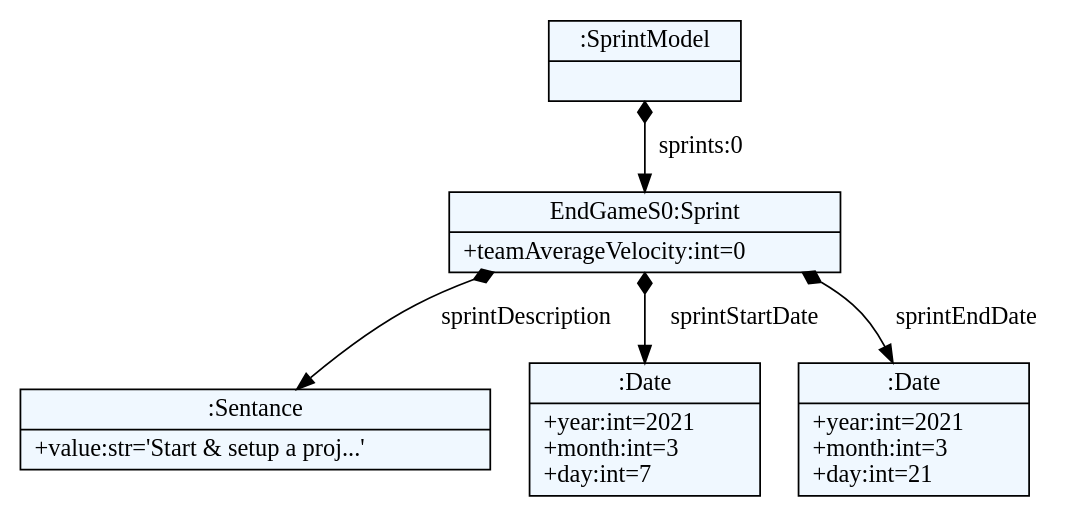
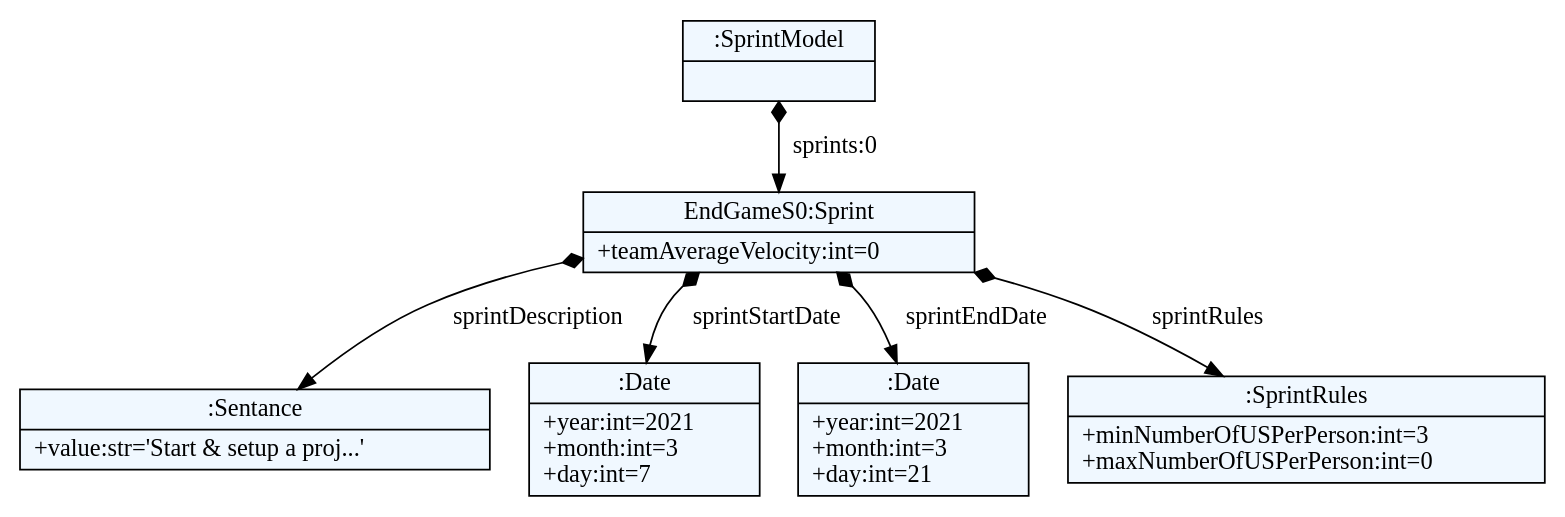
Before and after one commit to vlaksi/JSZD-Proj: the diagram in examples/sprintOne.dot, drawn with Graphviz. The commit also changed 3 other files, not shown here.

Commit message:
test[grammar]: tried sprint rules

```diff
--- a/examples/sprintOne.dot
+++ b/examples/sprintOne.dot
@@ -1,24 +1,26 @@
 
     digraph textX {
     fontname = "Bitstream Vera Sans"
     fontsize = 8
     node[
         shape=record,
         style=filled,
         fillcolor=aliceblue
     ]
     nodesep = 0.3
     edge[dir=black,arrowtail=empty]
 
 
-4319065616 -> 4319066048 [label="sprints:0" arrowtail=diamond dir=both]
-4319066048 -> 4319066144 [label="sprintDescription" arrowtail=diamond dir=both]
-4319066144[label="{:Sentance|+value:str='Start & setup a proj...'\l}"]
-4319066048 -> 4319066240 [label="sprintStartDate" arrowtail=diamond dir=both]
-4319066240[label="{:Date|+year:int=2021\l+month:int=3\l+day:int=7\l}"]
-4319066048 -> 4319066288 [label="sprintEndDate" arrowtail=diamond dir=both]
-4319066288[label="{:Date|+year:int=2021\l+month:int=3\l+day:int=21\l}"]
-4319066048[label="{EndGameS0:Sprint|+teamAverageVelocity:int=0\l}"]
-4319065616[label="{:SprintModel|}"]
+4392854912 -> 4392855968 [label="sprints:0" arrowtail=diamond dir=both]
+4392855968 -> 4392856064 [label="sprintDescription" arrowtail=diamond dir=both]
+4392856064[label="{:Sentance|+value:str='Start & setup a proj...'\l}"]
+4392855968 -> 4392856160 [label="sprintStartDate" arrowtail=diamond dir=both]
+4392856160[label="{:Date|+year:int=2021\l+month:int=3\l+day:int=7\l}"]
+4392855968 -> 4392856208 [label="sprintEndDate" arrowtail=diamond dir=both]
+4392856208[label="{:Date|+year:int=2021\l+month:int=3\l+day:int=21\l}"]
+4392855968 -> 4392856256 [label="sprintRules" arrowtail=diamond dir=both]
+4392856256[label="{:SprintRules|+minNumberOfUSPerPerson:int=3\l+maxNumberOfUSPerPerson:int=0\l}"]
+4392855968[label="{EndGameS0:Sprint|+teamAverageVelocity:int=0\l}"]
+4392854912[label="{:SprintModel|}"]
 
 }
```
